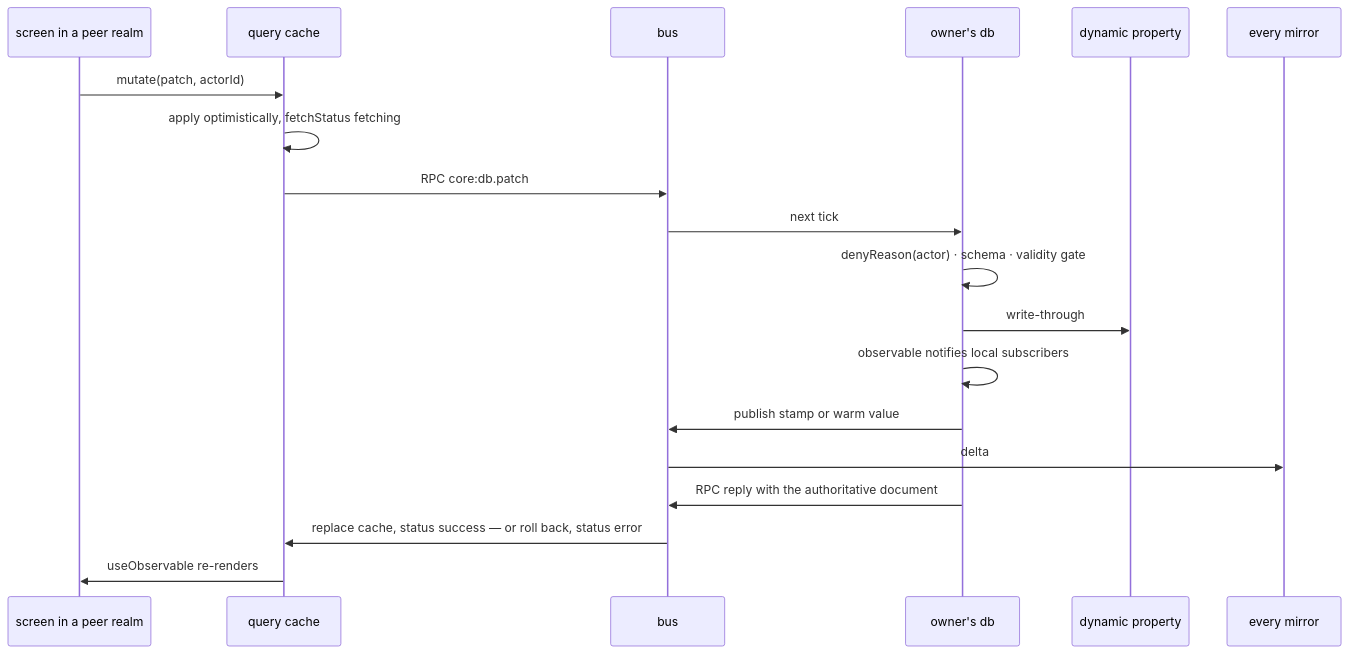
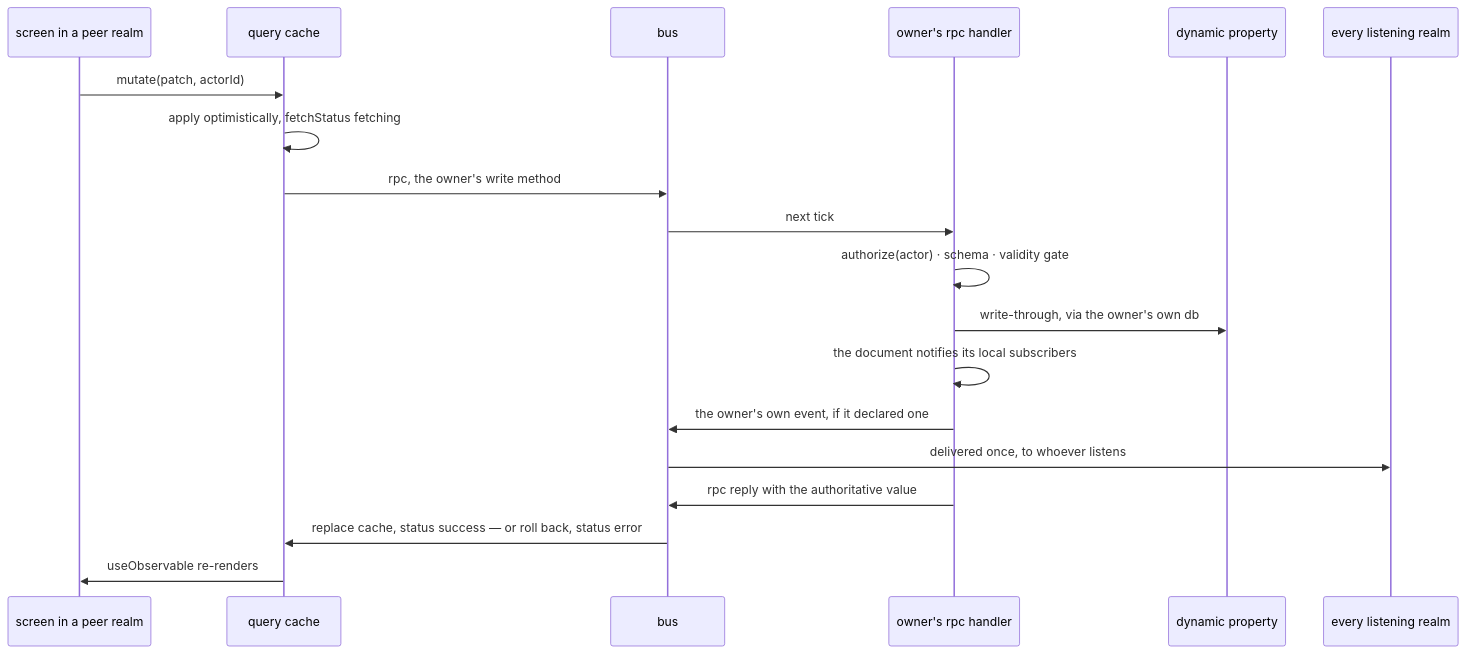
The second of 2 diagrams in docs/08-data-flow.md (bedrock-core/server), drawn with Mermaid before and after one commit. The commit also changed other lines of this file and 38 other files, not shown here.

````diff
--- a/docs/08-data-flow.md
+++ b/docs/08-data-flow.md
@@ -108,22 +111,22 @@
 ```mermaid
 sequenceDiagram
     participant U as screen in a peer realm
     participant Q as query cache
     participant B as bus
-    participant O as owner's db
+    participant O as owner's rpc handler
     participant D as dynamic property
-    participant M as every mirror
+    participant M as every listening realm
 
     U->>Q: mutate(patch, actorId)
     Q->>Q: apply optimistically, fetchStatus fetching
-    Q->>B: RPC core:db.patch
+    Q->>B: rpc, the owner's write method
     B->>O: next tick
-    O->>O: denyReason(actor) · schema · validity gate
-    O->>D: write-through
-    O->>O: observable notifies local subscribers
-    O->>B: publish stamp or warm value
-    B->>M: delta
-    O->>B: RPC reply with the authoritative document
+    O->>O: authorize(actor) · schema · validity gate
+    O->>D: write-through, via the owner's own db
+    O->>O: the document notifies its local subscribers
+    O->>B: the owner's own event, if it declared one
+    B->>M: delivered once, to whoever listens
+    O->>B: rpc reply with the authoritative value
     B->>Q: replace cache, status success — or roll back, status error
     Q->>U: useObservable re-renders
 ```
````
